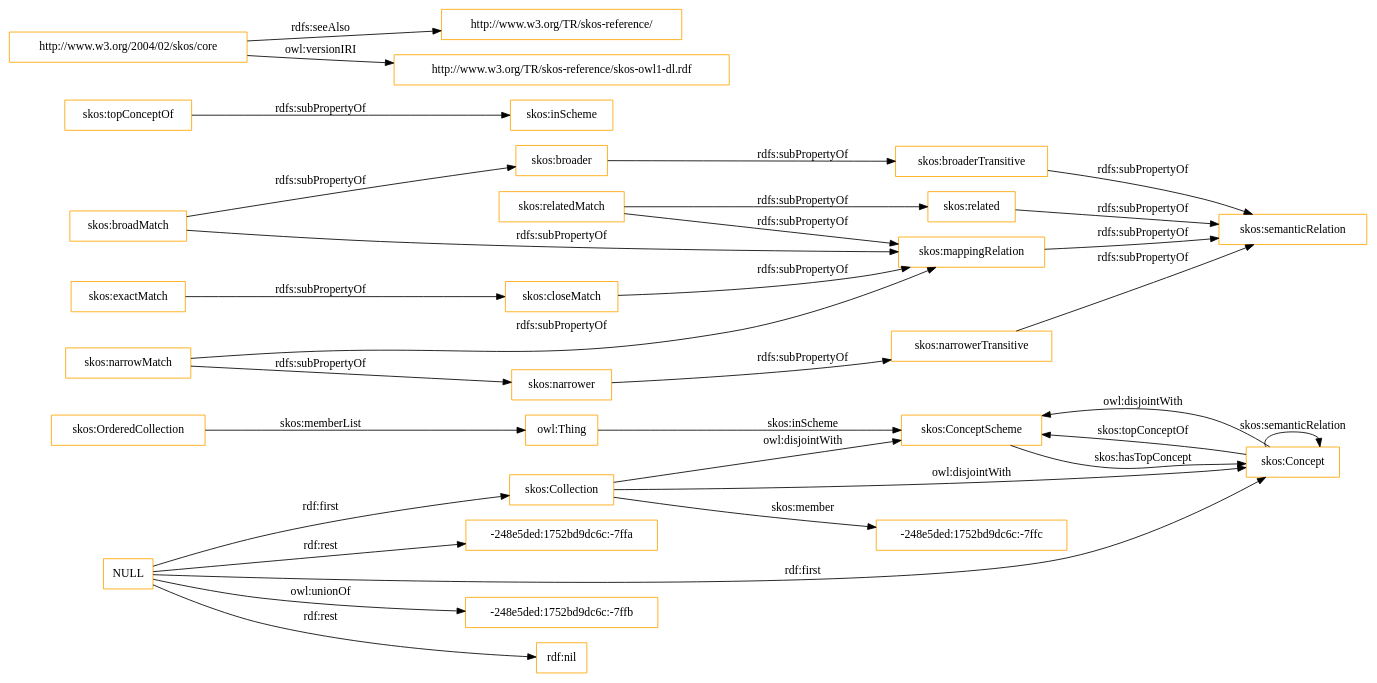
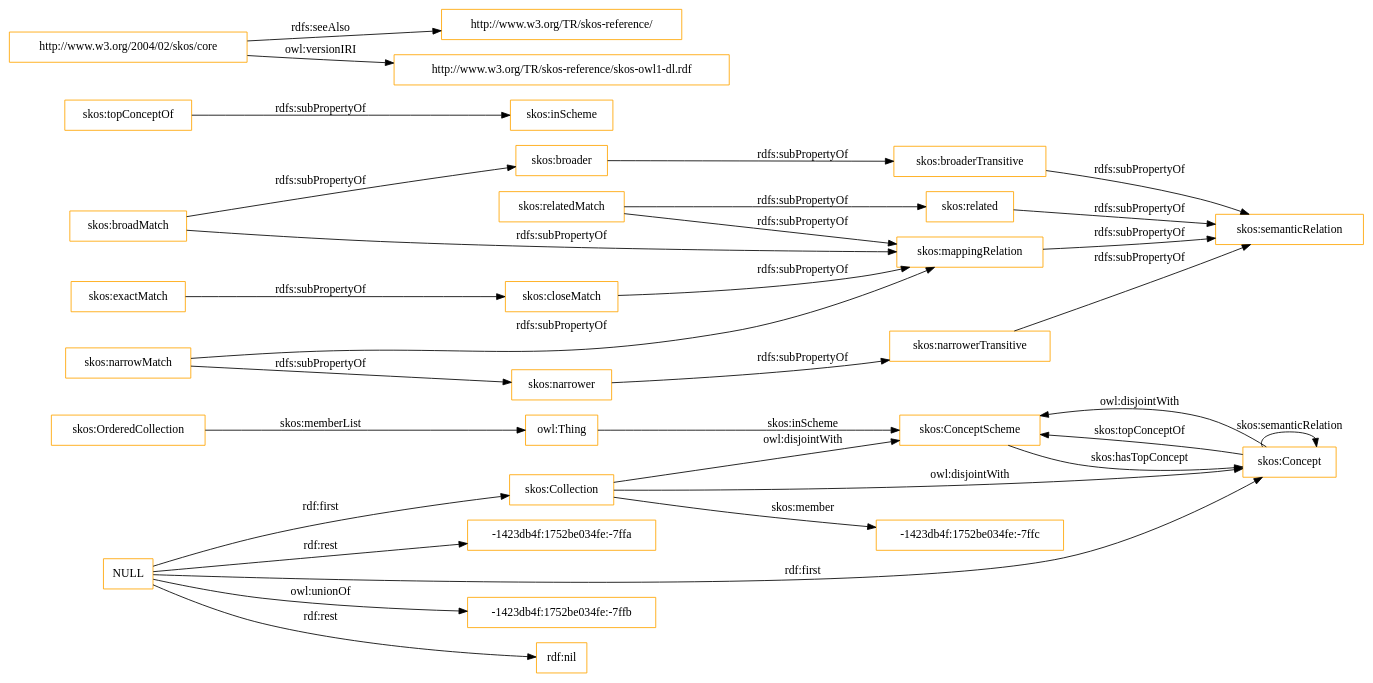
One commit to OnToologyUser/core-ontology-1 changed the diagram in OnToology/imports/skos.owl/diagrams/ar2dtool-class/skos.owl.png.dot. Above: the diagram before and after it, drawn with Graphviz. The commit also changed 14 other files, not shown here.

```diff
--- a/OnToology/imports/skos.owl/diagrams/ar2dtool-class/skos.owl.png.dot
+++ b/OnToology/imports/skos.owl/diagrams/ar2dtool-class/skos.owl.png.dot
@@ -1,37 +1,37 @@
 digraph ar2dtool_diagram { 
 rankdir=LR;
 size="1501"
-node [shape = rectangle, color="orange"]; "skos:OrderedCollection" "skos:ConceptScheme" "skos:Concept" "skos:Collection" "-248e5ded:1752bd9dc6c:-7ffc" ; /*classes style*/
+node [shape = rectangle, color="orange"]; "skos:OrderedCollection" "skos:ConceptScheme" "skos:Concept" "skos:Collection" "-1423db4f:1752be034fe:-7ffc" ; /*classes style*/
 	"skos:narrowerTransitive" -> "skos:semanticRelation" [ label = "rdfs:subPropertyOf" ];
-	"NULL" -> "-248e5ded:1752bd9dc6c:-7ffb" [ label = "owl:unionOf" ];
+	"NULL" -> "-1423db4f:1752be034fe:-7ffb" [ label = "owl:unionOf" ];
 	"NULL" -> "rdf:nil" [ label = "rdf:rest" ];
 	"NULL" -> "skos:Concept" [ label = "rdf:first" ];
-	"NULL" -> "-248e5ded:1752bd9dc6c:-7ffa" [ label = "rdf:rest" ];
+	"NULL" -> "-1423db4f:1752be034fe:-7ffa" [ label = "rdf:rest" ];
 	"NULL" -> "skos:Collection" [ label = "rdf:first" ];
 	"skos:closeMatch" -> "skos:mappingRelation" [ label = "rdfs:subPropertyOf" ];
 	"skos:Concept" -> "skos:ConceptScheme" [ label = "owl:disjointWith" ];
 	"skos:relatedMatch" -> "skos:related" [ label = "rdfs:subPropertyOf" ];
 	"skos:relatedMatch" -> "skos:mappingRelation" [ label = "rdfs:subPropertyOf" ];
 	"skos:related" -> "skos:semanticRelation" [ label = "rdfs:subPropertyOf" ];
 	"skos:topConceptOf" -> "skos:inScheme" [ label = "rdfs:subPropertyOf" ];
 	"skos:broadMatch" -> "skos:mappingRelation" [ label = "rdfs:subPropertyOf" ];
 	"skos:broadMatch" -> "skos:broader" [ label = "rdfs:subPropertyOf" ];
 	"skos:exactMatch" -> "skos:closeMatch" [ label = "rdfs:subPropertyOf" ];
 	"skos:broaderTransitive" -> "skos:semanticRelation" [ label = "rdfs:subPropertyOf" ];
 	"skos:broader" -> "skos:broaderTransitive" [ label = "rdfs:subPropertyOf" ];
 	"skos:mappingRelation" -> "skos:semanticRelation" [ label = "rdfs:subPropertyOf" ];
 	"http://www.w3.org/2004/02/skos/core" -> "http://www.w3.org/TR/skos-reference/" [ label = "rdfs:seeAlso" ];
 	"http://www.w3.org/2004/02/skos/core" -> "http://www.w3.org/TR/skos-reference/skos-owl1-dl.rdf" [ label = "owl:versionIRI" ];
 	"skos:Collection" -> "skos:ConceptScheme" [ label = "owl:disjointWith" ];
 	"skos:Collection" -> "skos:Concept" [ label = "owl:disjointWith" ];
 	"skos:narrower" -> "skos:narrowerTransitive" [ label = "rdfs:subPropertyOf" ];
 	"skos:narrowMatch" -> "skos:narrower" [ label = "rdfs:subPropertyOf" ];
 	"skos:narrowMatch" -> "skos:mappingRelation" [ label = "rdfs:subPropertyOf" ];
 	"skos:OrderedCollection" -> "owl:Thing" [ label = "skos:memberList" ];
 	"skos:Concept" -> "skos:ConceptScheme" [ label = "skos:topConceptOf" ];
 	"skos:Concept" -> "skos:Concept" [ label = "skos:semanticRelation" ];
-	"skos:Collection" -> "-248e5ded:1752bd9dc6c:-7ffc" [ label = "skos:member" ];
+	"skos:Collection" -> "-1423db4f:1752be034fe:-7ffc" [ label = "skos:member" ];
 	"skos:ConceptScheme" -> "skos:Concept" [ label = "skos:hasTopConcept" ];
 	"owl:Thing" -> "skos:ConceptScheme" [ label = "skos:inScheme" ];
 
 }
```
